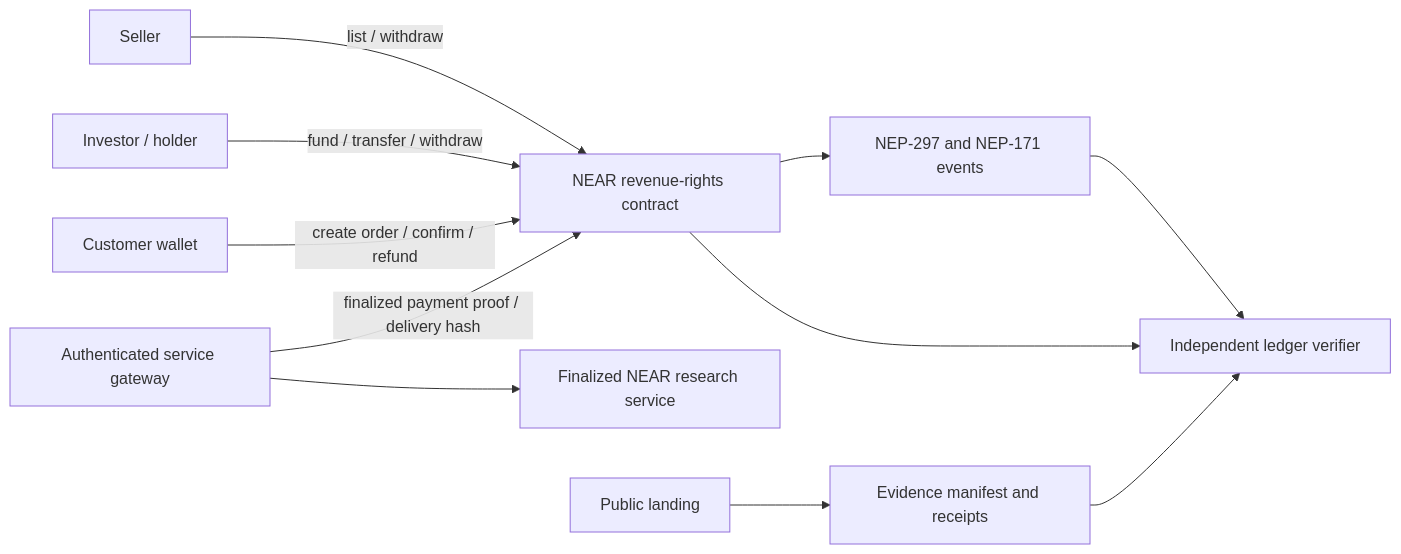
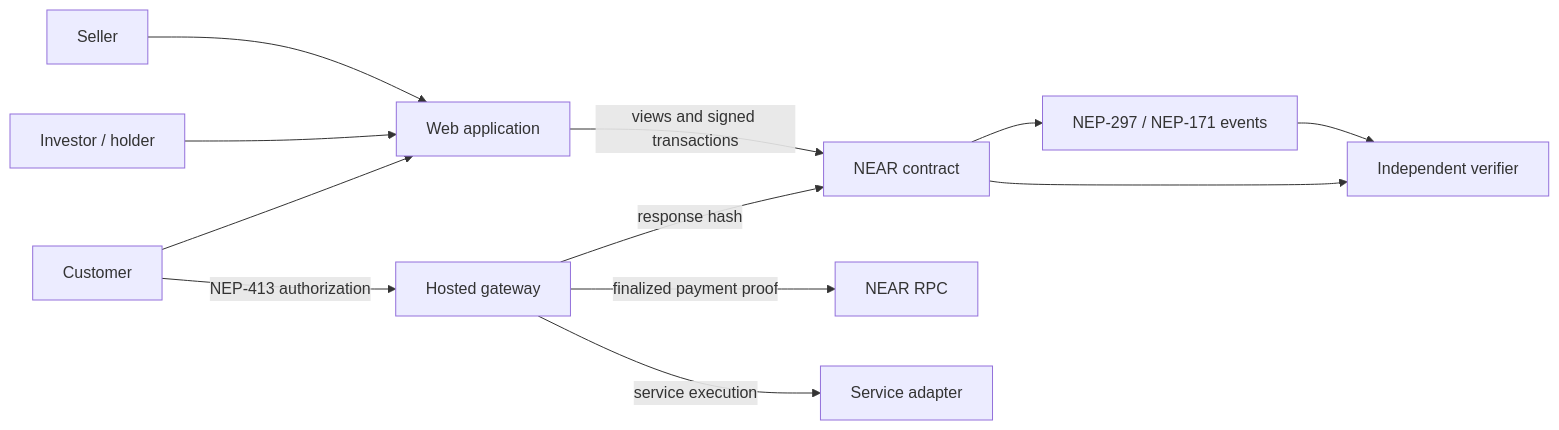
One commit to karagozemin/FIRST100 changed the diagram in docs/PRD.md. Above: the diagram before and after it, drawn with Mermaid. The commit also changed other lines of this file and 25 other files, not shown here.

Commit message:
feat: launch interactive product and hosted gateway

````diff
--- a/docs/PRD.md
+++ b/docs/PRD.md
@@ -167,13 +160,14 @@
 ```mermaid
 flowchart LR
-    Seller[Seller] -->|list / withdraw| Contract[NEAR revenue-rights contract]
-    Investor[Investor / holder] -->|fund / transfer / withdraw| Contract
-    Customer[Customer wallet] -->|create order / confirm / refund| Contract
-    Gateway[Authenticated service gateway] -->|finalized payment proof / delivery hash| Contract
-    Gateway --> Service[Finalized NEAR research service]
-    Contract --> Events[NEP-297 and NEP-171 events]
-    Events --> Verifier[Independent ledger verifier]
+    Seller[Seller] --> App[Web application]
+    Investor[Investor / holder] --> App
+    Customer[Customer] --> App
+    App -->|views and signed transactions| Contract[NEAR contract]
+    Customer -->|NEP-413 authorization| Gateway[Hosted gateway]
+    Gateway -->|finalized payment proof| RPC[NEAR RPC]
+    Gateway -->|service execution| Adapter[Service adapter]
+    Gateway -->|response hash| Contract
+    Contract --> Events[NEP-297 / NEP-171 events]
+    Events --> Verifier[Independent verifier]
     Contract --> Verifier
-    Landing[Public landing] --> Evidence[Evidence manifest and receipts]
-    Evidence --> Verifier
 ```
````
